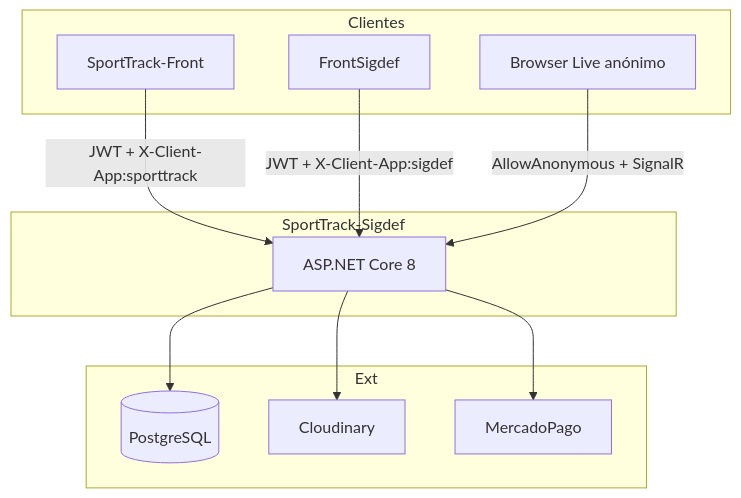
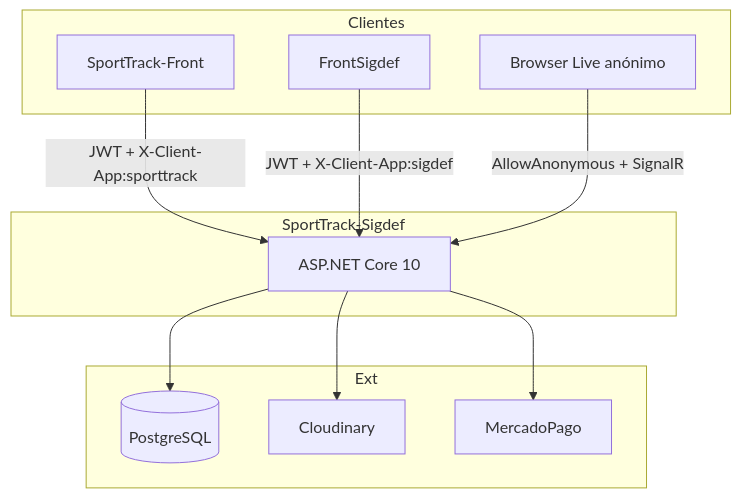
Before and after one commit to EzequielDigiacomo/SportTrack-Sigdef: the first of 7 diagrams in docs/tecnico/diagramas/01-globales.md, drawn with Mermaid. The commit also changed other lines of this file and 13 other files, not shown here.

````diff
--- a/docs/tecnico/diagramas/01-globales.md
+++ b/docs/tecnico/diagramas/01-globales.md
@@ -5,25 +5,25 @@
 ```mermaid
 flowchart TB
     subgraph Clientes
         ST[SportTrack-Front]
         SF[FrontSigdef]
         LIVE[Browser Live anónimo]
     end
 
     subgraph EsteRepo["SportTrack-Sigdef"]
-        API[ASP.NET Core 8]
+        API[ASP.NET Core 10]
     end
 
     subgraph Ext
         PG[(PostgreSQL)]
         CLD[Cloudinary]
         MP[MercadoPago]
     end
 
     ST -->|JWT + X-Client-App:sporttrack| API
     SF -->|JWT + X-Client-App:sigdef| API
     LIVE -->|AllowAnonymous + SignalR| API
     API --> PG
     API --> CLD
     API --> MP
 ```
````
